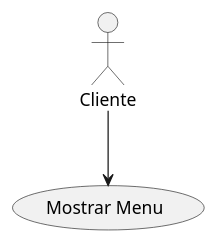
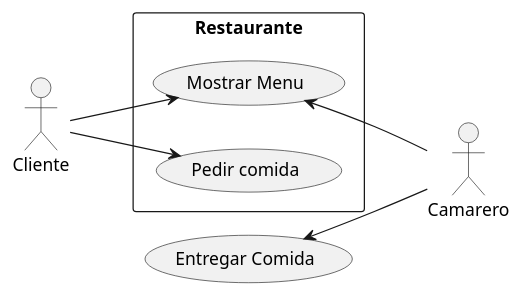
One commit to DanielMiralles12/ClasesDeUso changed the diagram in src/ClasesDeUso.puml. Above: the diagram before and after it, drawn with PlantUML. The commit also changed 1 other file, not shown here.

Commit message:
Creacion primer sistema (Relacion cliente restaurante)

```diff
--- a/src/ClasesDeUso.puml
+++ b/src/ClasesDeUso.puml
@@ -1,4 +1,16 @@
 @startuml
-:Cliente: --> (Use)
-"Mostrar Menu" as (Use)
+left to right direction
+:Cliente:
+:Camarero:
+
+rectangle Restaurante{
+"Mostrar Menu" as (Mostrar)
+"Pedir comida" as (Pedir)
+}
+
+Cliente --> (Mostrar)
+Cliente --> (Pedir)
+(Mostrar) <-- Camarero
+(Entrega) <-- Camarero
+"Entregar Comida" as (Entrega)
 @enduml
```
